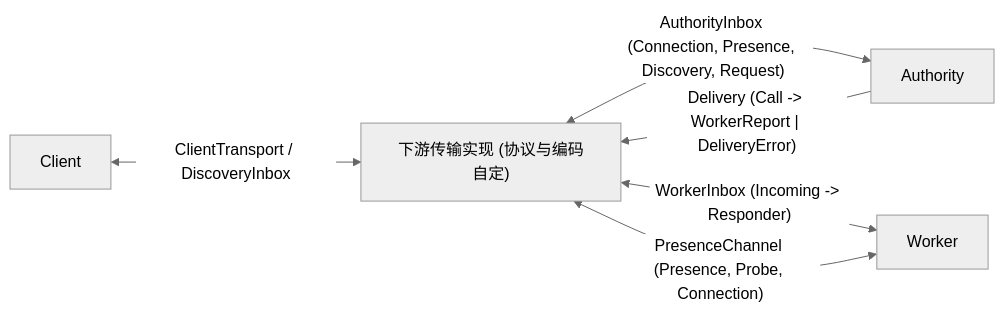
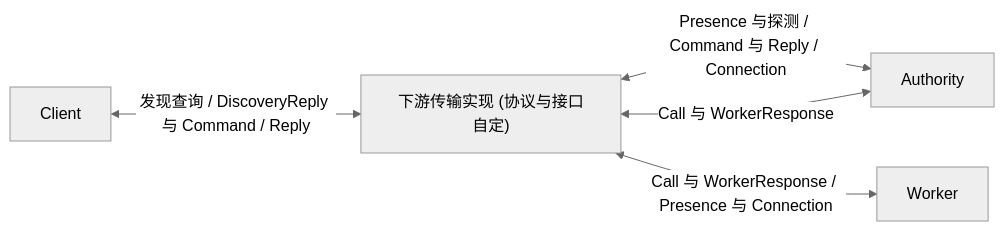
The diagram in spec/05-transport.md (Everfold/Beamlet), drawn with Mermaid (neutral theme) before and after one commit. The commit also changed other lines of this file and 10 other files, not shown here.

````diff
--- a/spec/05-transport.md
+++ b/spec/05-transport.md
@@ -11,8 +11,7 @@
 ```mermaid
 flowchart LR
-    C["Client"] <-->|"ClientTransport / DiscoveryInbox"| T["下游传输实现 (协议与编码自定)"]
-    T <-->|"AuthorityInbox (Connection, Presence, Discovery, Request)"| A["Authority"]
-    A -->|"Delivery (Call -> WorkerReport | DeliveryError)"| T
-    T <-->|"WorkerInbox (Incoming -> Responder)"| W["Worker"]
-    W <-->|"PresenceChannel (Presence, Probe, Connection)"| T
+    C["Client"] <-->|"发现查询 / DiscoveryReply 与 Command / Reply"| T["下游传输实现 (协议与接口自定)"]
+    T <-->|"Presence 与探测 / Command 与 Reply / Connection"| A["Authority"]
+    A <-->|"Call 与 WorkerResponse"| T
+    T <-->|"Call 与 WorkerResponse / Presence 与 Connection"| W["Worker"]
 ```
````
